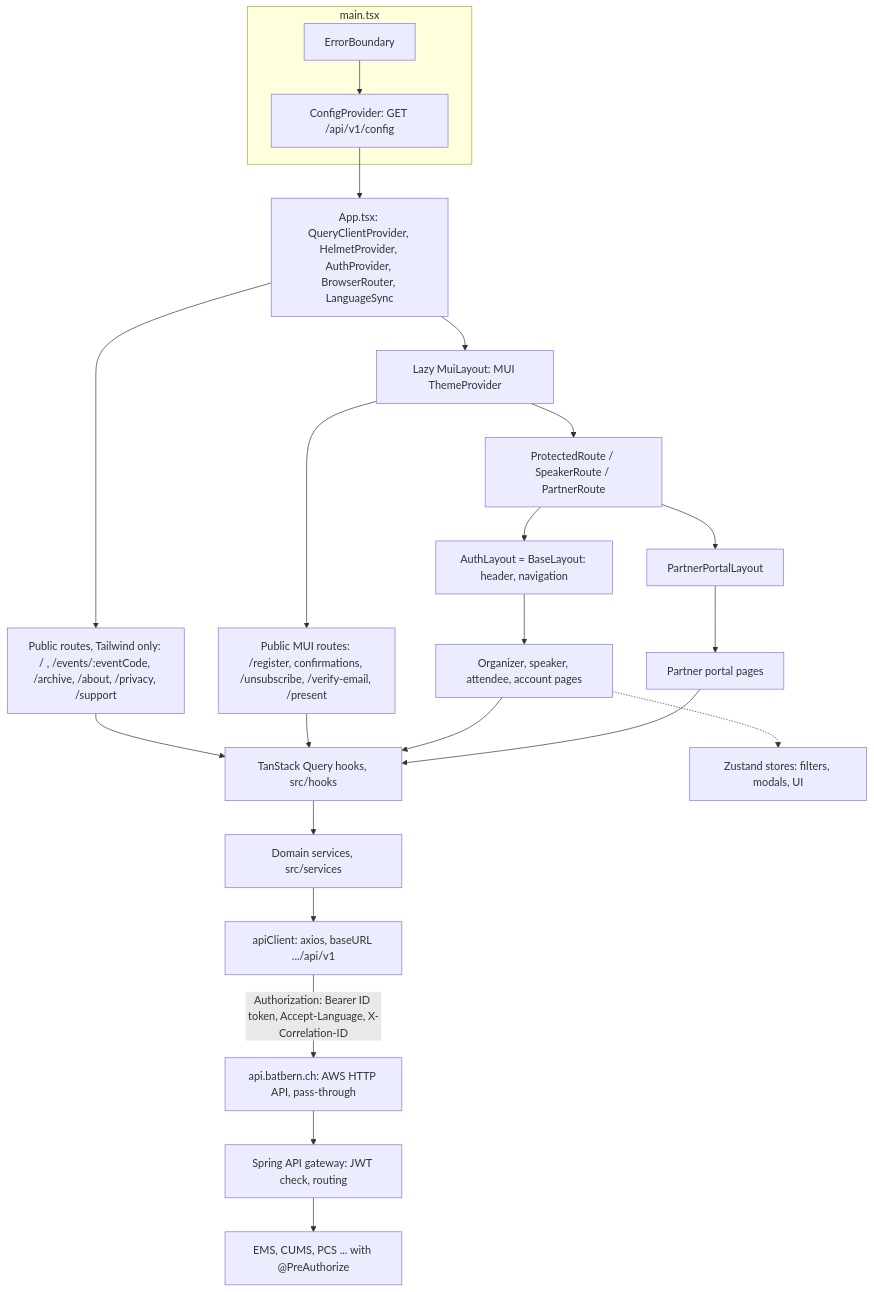
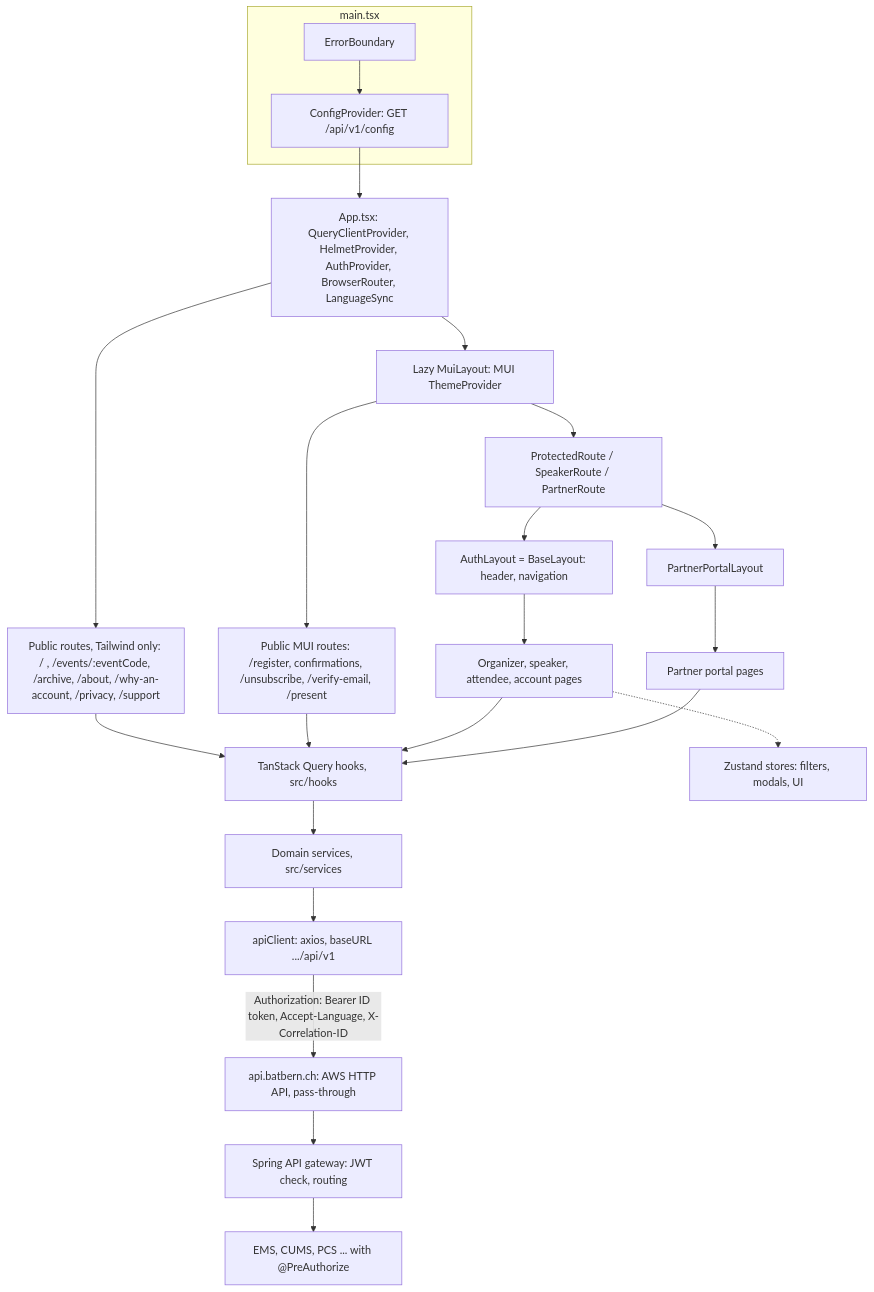
One commit to nissimbuchs/BATbern2 changed the first of 7 diagrams in docs/architecture/05-frontend-architecture.md. Above: the diagram before and after it, drawn with Mermaid. The commit also changed other lines of this file and 114 other files, not shown here.

First line of the commit message:
feat(attendee): What's new, next events on the dashboard, account benefits for visitors (#1310)

````diff
--- a/docs/architecture/05-frontend-architecture.md
+++ b/docs/architecture/05-frontend-architecture.md
@@ -54,25 +54,25 @@
 ```mermaid
 flowchart TB
     subgraph Boot["main.tsx"]
         EB["ErrorBoundary"] --> CP["ConfigProvider: GET /api/v1/config"]
     end
     CP --> APP["App.tsx: QueryClientProvider, HelmetProvider, AuthProvider, BrowserRouter, LanguageSync"]
-    APP --> PUB["Public routes, Tailwind only: / , /events/:eventCode, /archive, /about, /privacy, /support"]
+    APP --> PUB["Public routes, Tailwind only: / , /events/:eventCode, /archive, /about, /why-an-account, /privacy, /support"]
     APP --> MUI["Lazy MuiLayout: MUI ThemeProvider"]
     MUI --> OPENMUI["Public MUI routes: /register, confirmations, /unsubscribe, /verify-email, /present"]
     MUI --> GUARD["ProtectedRoute / SpeakerRoute / PartnerRoute"]
     GUARD --> AL["AuthLayout = BaseLayout: header, navigation"]
     GUARD --> PPL["PartnerPortalLayout"]
     AL --> PAGES["Organizer, speaker, attendee, account pages"]
     PPL --> PPAGES["Partner portal pages"]
     PUB --> HOOKS
     OPENMUI --> HOOKS
     PAGES --> HOOKS["TanStack Query hooks, src/hooks"]
     PPAGES --> HOOKS
     PAGES -.-> ZS["Zustand stores: filters, modals, UI"]
     HOOKS --> SVC["Domain services, src/services"]
     SVC --> AC["apiClient: axios, baseURL .../api/v1"]
     AC -->|"Authorization: Bearer ID token, Accept-Language, X-Correlation-ID"| GW["api.batbern.ch: AWS HTTP API, pass-through"]
     GW --> SGW["Spring API gateway: JWT check, routing"]
     SGW --> SVCS["EMS, CUMS, PCS ... with @PreAuthorize"]
 ```
````
